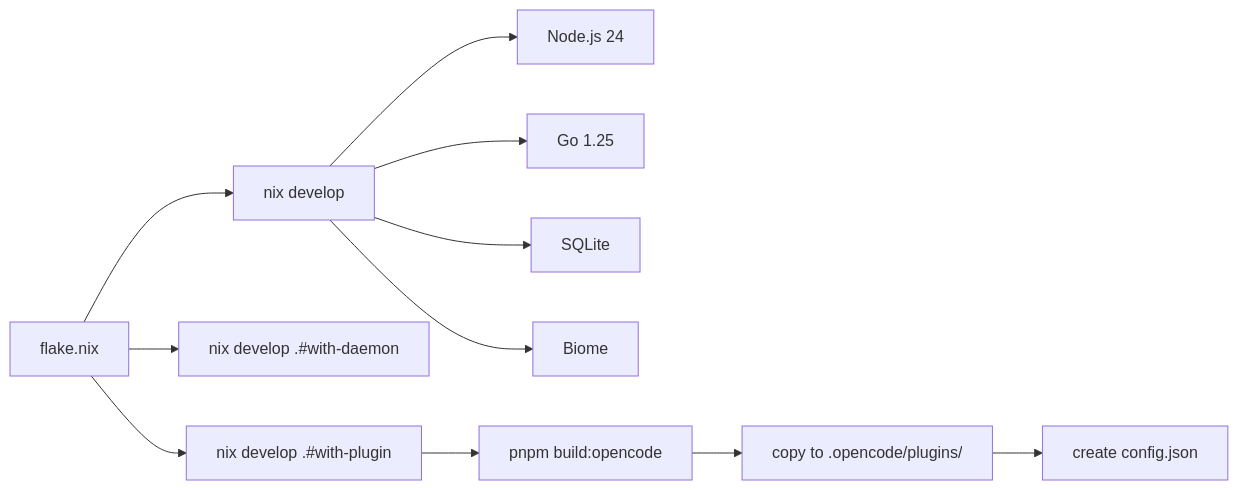
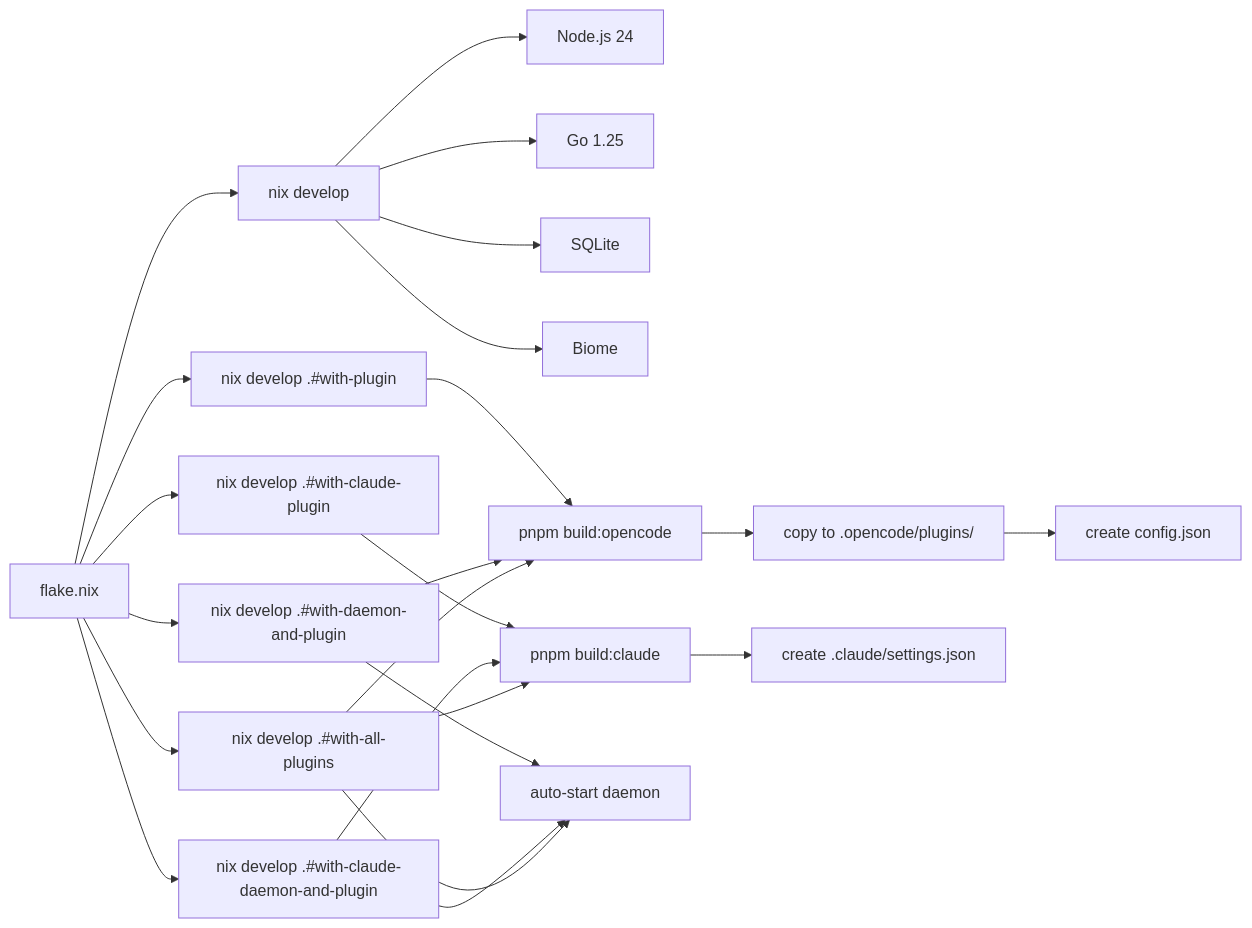
The diagram in lode/dev-environment.md (dxta-dev/clankers), drawn with Mermaid before and after one commit. The commit also changed other lines of this file and 1 other file, not shown here.

````diff
--- a/lode/dev-environment.md
+++ b/lode/dev-environment.md
@@ -124,13 +153,25 @@
 ```mermaid
 flowchart LR
   Flake[flake.nix] --> Shell[nix develop]
-  Flake --> WithDaemon[nix develop .#with-daemon]
   Flake --> WithPlugin[nix develop .#with-plugin]
+  Flake --> WithDaemonPlugin[nix develop .#with-daemon-and-plugin]
+  Flake --> WithClaude[nix develop .#with-claude-plugin]
+  Flake --> WithClaudeDaemon[nix develop .#with-claude-daemon-and-plugin]
+  Flake --> WithAll[nix develop .#with-all-plugins]
   Shell --> Node[Node.js 24]
   Shell --> Go[Go 1.25]
   Shell --> SQLite[SQLite]
   Shell --> Biome[Biome]
   WithPlugin --> Build[pnpm build:opencode]
   Build --> Copy[copy to .opencode/plugins/]
   Copy --> Config[create config.json]
+  WithClaude --> BuildClaude[pnpm build:claude]
+  BuildClaude --> ClaudeSettings[create .claude/settings.json]
+  WithDaemonPlugin --> AutoDaemon[auto-start daemon]
+  WithDaemonPlugin --> Build
+  WithClaudeDaemon --> AutoDaemon
+  WithClaudeDaemon --> BuildClaude
+  WithAll --> AutoDaemon
+  WithAll --> Build
+  WithAll --> BuildClaude
 ```
````
